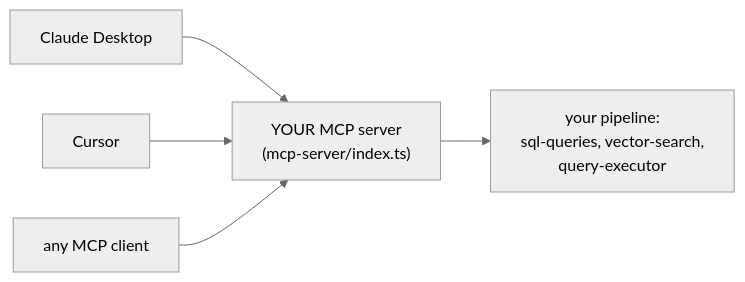
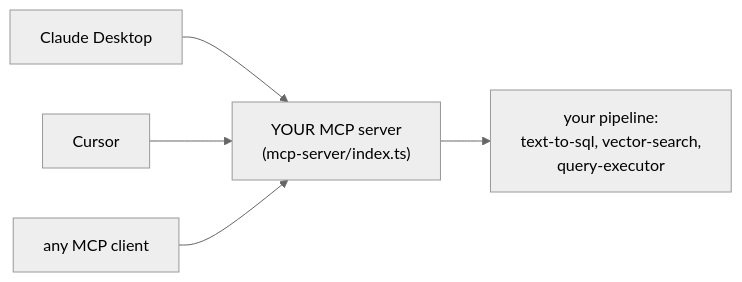
One commit to projectshft/parsity_medical_rag changed the diagram in curriculum/w3-01-mcp-intro.md. Above: the diagram before and after it, drawn with Mermaid (neutral theme).

Commit message:
Curriculum w3-01: pipeline diagram references text-to-sql, not sql-queries

````diff
--- a/curriculum/w3-01-mcp-intro.md
+++ b/curriculum/w3-01-mcp-intro.md
@@ -17,7 +17,7 @@
 ```mermaid
 flowchart LR
     CD[Claude Desktop] --> S
     CU[Cursor] --> S
     OTHER[any MCP client] --> S
-    S["YOUR MCP server<br/>(mcp-server/index.ts)"] --> RAG["your pipeline:<br/>sql-queries, vector-search,<br/>query-executor"]
+    S["YOUR MCP server<br/>(mcp-server/index.ts)"] --> RAG["your pipeline:<br/>text-to-sql, vector-search,<br/>query-executor"]
 ```
````
